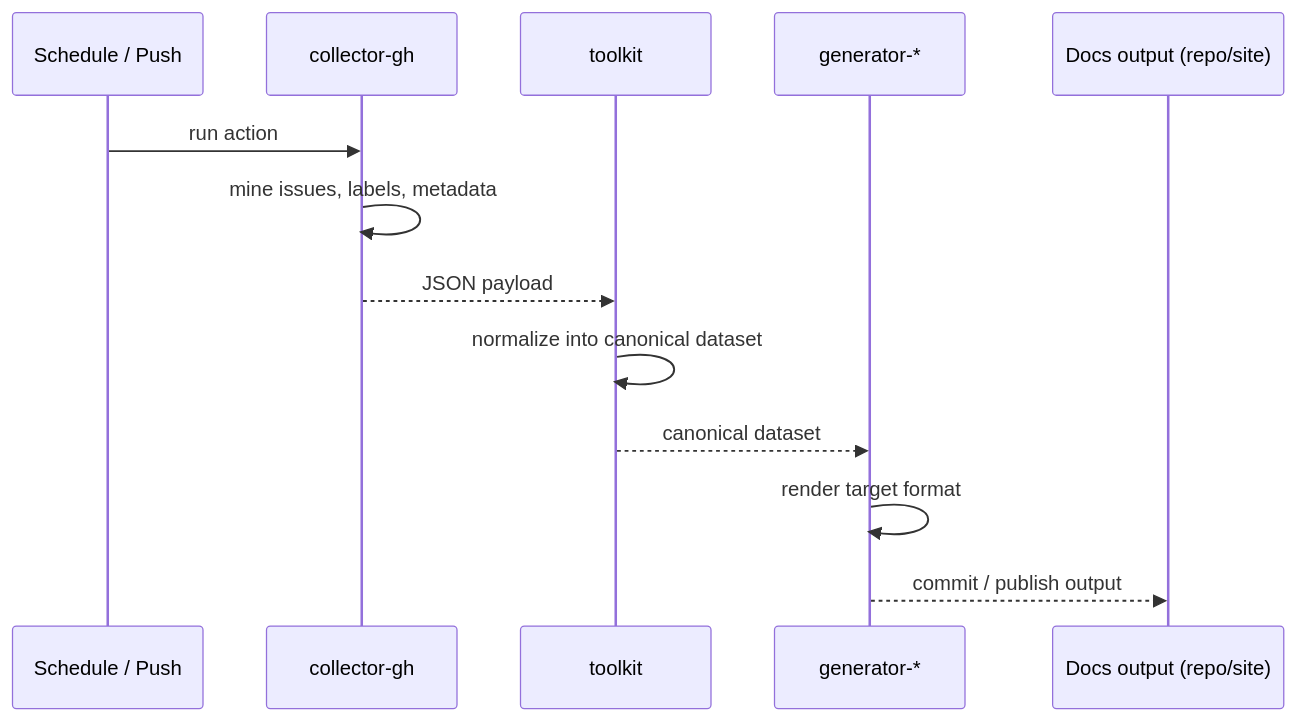
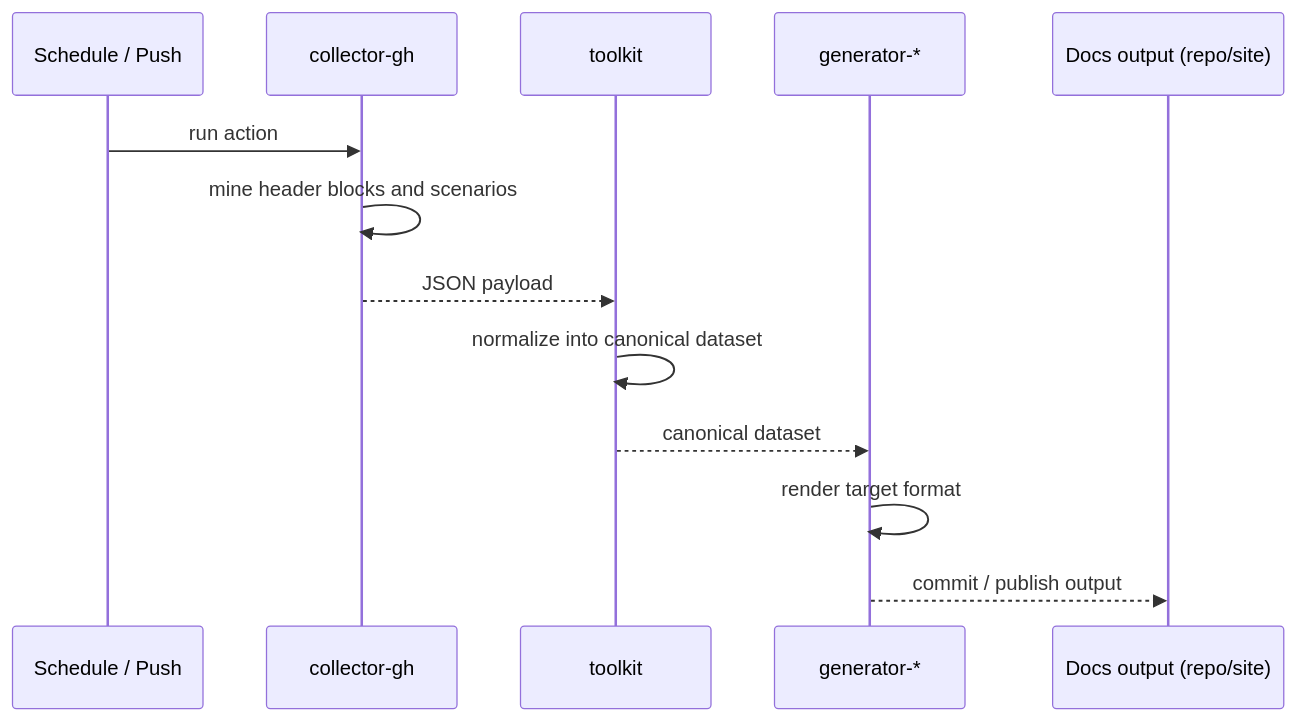
One commit to AbsaOSS/living-doc changed the second of 2 diagrams in docs/introduction/architecture.md. Above: the diagram before and after it, drawn with Mermaid. The commit also changed other lines of this file and 16 other files, not shown here.

````diff
--- a/docs/introduction/architecture.md
+++ b/docs/introduction/architecture.md
@@ -61,16 +61,16 @@
 ```mermaid
 sequenceDiagram
     participant Trigger as Schedule / Push
     participant Collector as collector-gh
     participant Toolkit as toolkit
     participant Generator as generator-*
     participant Repo as Docs output (repo/site)
 
     Trigger->>Collector: run action
-    Collector->>Collector: mine issues, labels, metadata
+    Collector->>Collector: mine header blocks and scenarios
     Collector-->>Toolkit: JSON payload
     Toolkit->>Toolkit: normalize into canonical dataset
     Toolkit-->>Generator: canonical dataset
     Generator->>Generator: render target format
     Generator-->>Repo: commit / publish output
 ```
````
